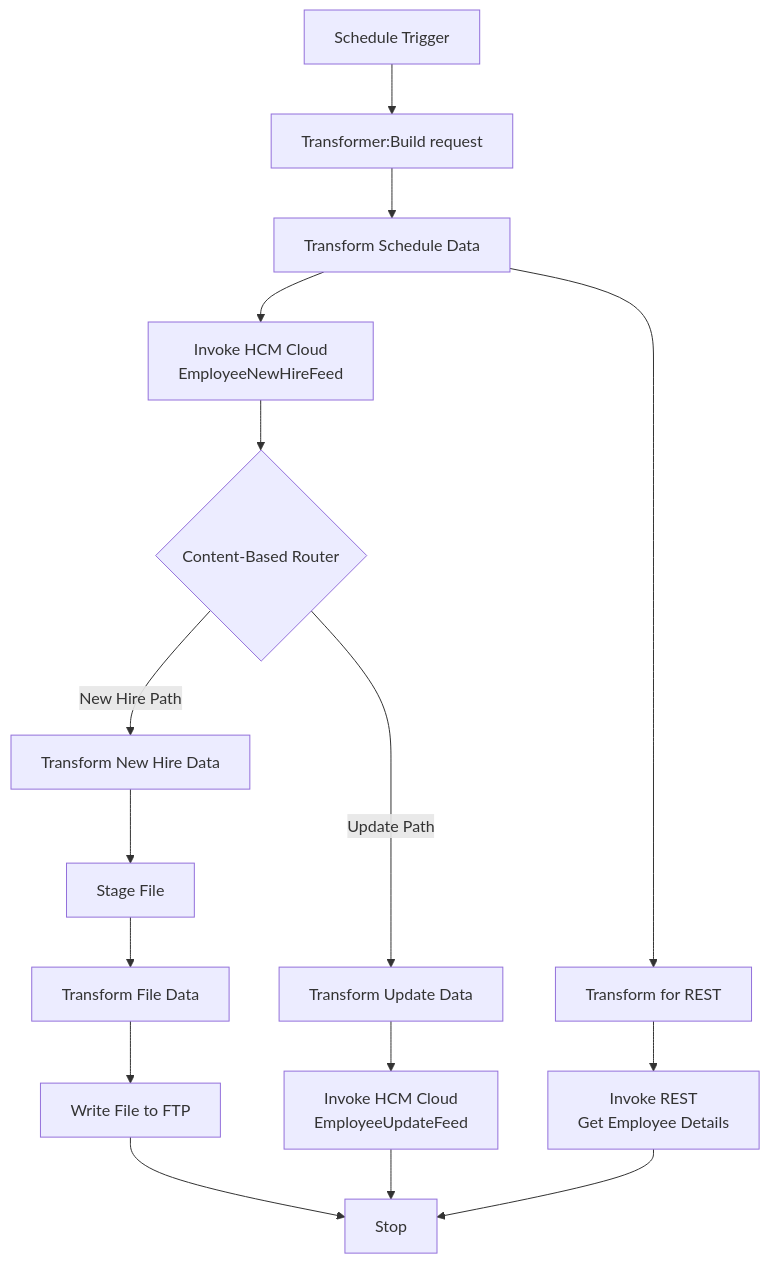
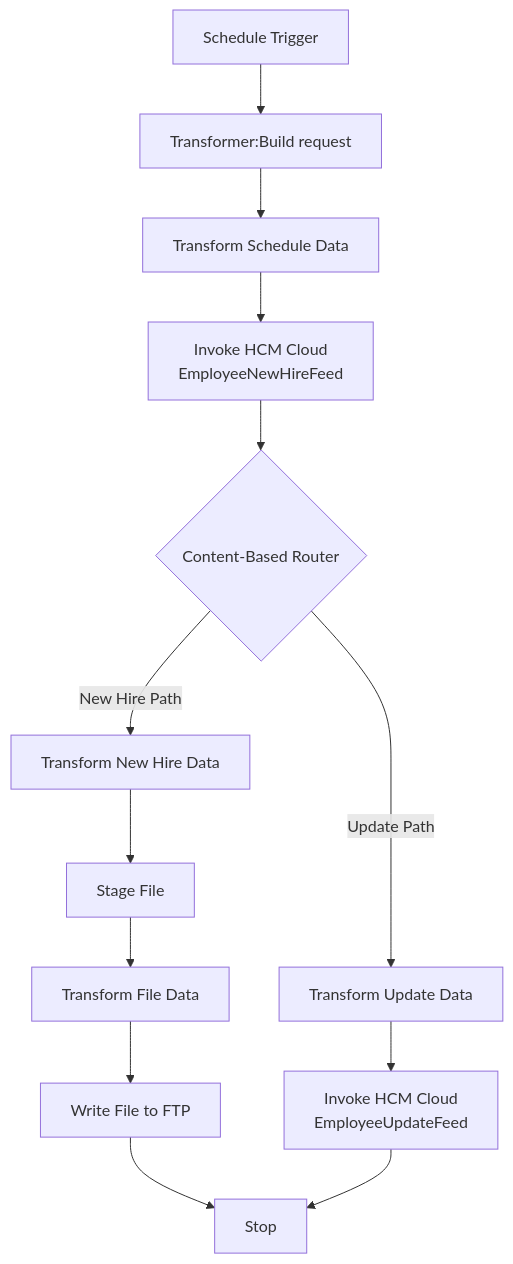
One commit to shanchih/Seaspan changed the first of 2 diagrams in Seaspan/Helm/EmployeeMaster.md. Above: the diagram before and after it, drawn with Mermaid. The commit also changed other lines of this file, not shown here.

Commit message:
Seaspan/Helm/EmployeeMaster.md updated from https://stackedit.io/

````diff
--- a/Seaspan/Helm/EmployeeMaster.md
+++ b/Seaspan/Helm/EmployeeMaster.md
@@ -63,24 +63,21 @@
 ```mermaid
 flowchart TD
     A[Schedule Trigger] --> B[Transformer:Build request]
     B --> C[Transform Schedule Data]
     C --> D[Invoke HCM Cloud\nEmployeeNewHireFeed]
     D --> E{Content-Based Router}
     
     E --> |New Hire Path| F[Transform New Hire Data]
     F --> G[Stage File]
     G --> H[Transform File Data]
     H --> I[Write File to FTP]
     
     E --> |Update Path| J[Transform Update Data]
     J --> K[Invoke HCM Cloud\nEmployeeUpdateFeed]
     
-    C --> L[Transform for REST]
-    L --> M[Invoke REST\nGet Employee Details]
     
     I --> N[Stop]
     K --> N
-    M --> N
 
 
 ```
````
